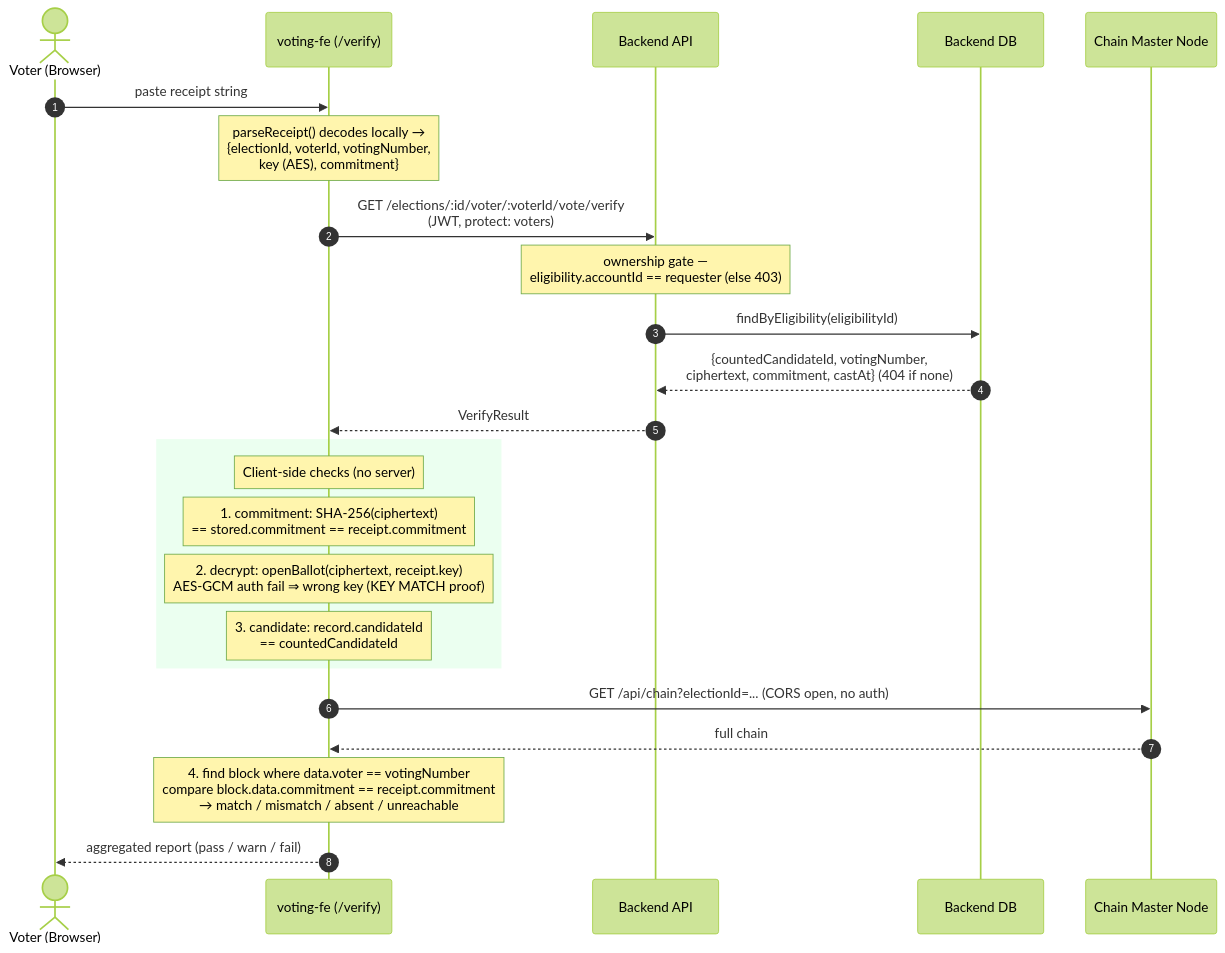
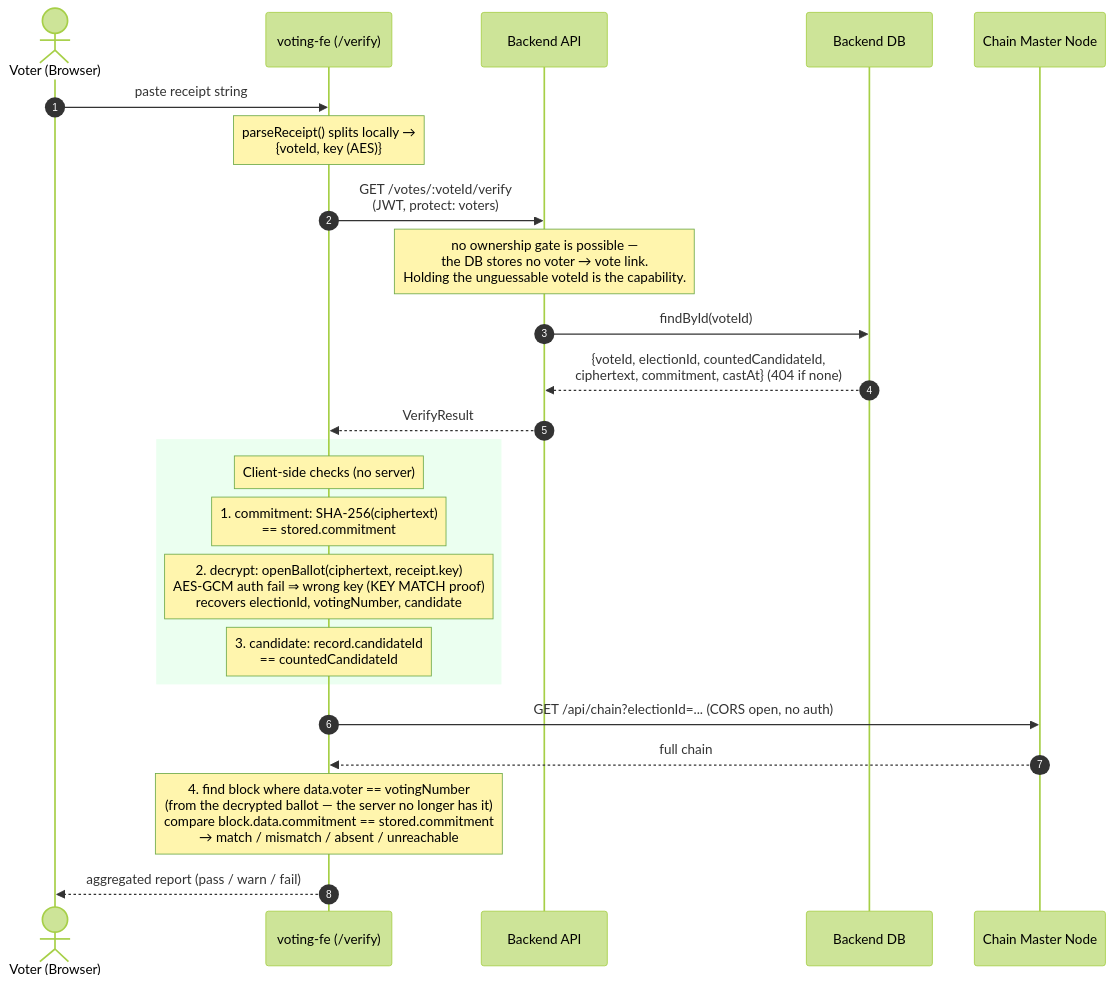
The third of 3 diagrams in docs/sequence-diagrams.md (irumvanselme/ToraChain), drawn with Mermaid (forest theme) before and after one commit. The commit also changed other lines of this file and 21 other files, not shown here.

Commit message:
anonymize votes by removing links to voters in the database and updating related schemas

````diff
--- a/docs/sequence-diagrams.md
+++ b/docs/sequence-diagrams.md
@@ -146,31 +153,31 @@
 ```mermaid
 sequenceDiagram
     autonumber
     actor V as Voter (Browser)
     participant FE as voting-fe (/verify)
     participant BE as Backend API
     participant BDB as Backend DB
     participant CN as Chain Master Node
 
     V->>FE: paste receipt string
-    note over FE: parseReceipt() decodes locally →<br/>{electionId, voterId, votingNumber,<br/>key (AES), commitment}
+    note over FE: parseReceipt() splits locally →<br/>{voteId, key (AES)}
 
-    FE->>BE: GET /elections/:id/voter/:voterId/vote/verify<br/>(JWT, protect: voters)
-    note over BE: ownership gate —<br/>eligibility.accountId == requester (else 403)
-    BE->>BDB: findByEligibility(eligibilityId)
-    BDB-->>BE: {countedCandidateId, votingNumber,<br/>ciphertext, commitment, castAt} (404 if none)
+    FE->>BE: GET /votes/:voteId/verify<br/>(JWT, protect: voters)
+    note over BE: no ownership gate is possible —<br/>the DB stores no voter → vote link.<br/>Holding the unguessable voteId is the capability.
+    BE->>BDB: findById(voteId)
+    BDB-->>BE: {voteId, electionId, countedCandidateId,<br/>ciphertext, commitment, castAt} (404 if none)
     BE-->>FE: VerifyResult
 
     rect rgb(235, 255, 240)
     note over FE: Client-side checks (no server)
-    note over FE: 1. commitment: SHA-256(ciphertext)<br/>== stored.commitment == receipt.commitment
-    note over FE: 2. decrypt: openBallot(ciphertext, receipt.key)<br/>AES-GCM auth fail ⇒ wrong key (KEY MATCH proof)
+    note over FE: 1. commitment: SHA-256(ciphertext)<br/>== stored.commitment
+    note over FE: 2. decrypt: openBallot(ciphertext, receipt.key)<br/>AES-GCM auth fail ⇒ wrong key (KEY MATCH proof)<br/>recovers electionId, votingNumber, candidate
     note over FE: 3. candidate: record.candidateId<br/>== countedCandidateId
     end
 
     FE->>CN: GET /api/chain?electionId=... (CORS open, no auth)
     CN-->>FE: full chain
-    note over FE: 4. find block where data.voter == votingNumber<br/>compare block.data.commitment == receipt.commitment<br/>→ match / mismatch / absent / unreachable
+    note over FE: 4. find block where data.voter == votingNumber<br/>(from the decrypted ballot — the server no longer has it)<br/>compare block.data.commitment == stored.commitment<br/>→ match / mismatch / absent / unreachable
 
     FE-->>V: aggregated report (pass / warn / fail)
 ```
````
